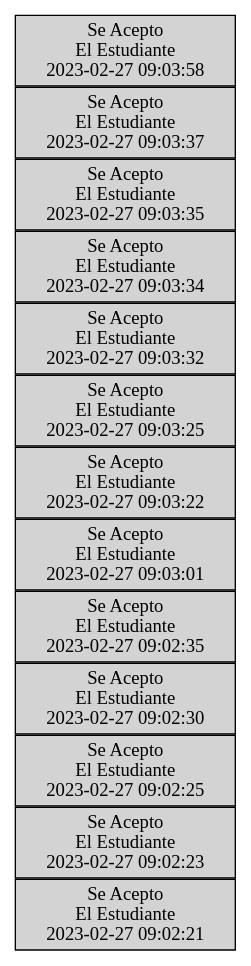
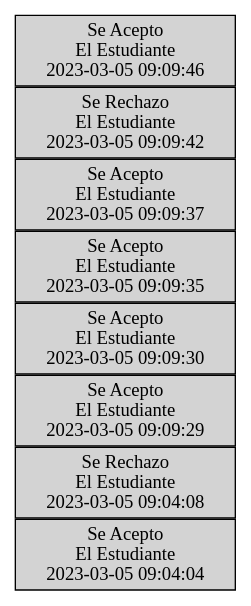
One commit to walterjav19/EDD_1S2023_PY_202111718 changed the diagram in EDD_Proyecto1_Fase1/Grafics/PilaAdmin.dot. Above: the diagram before and after it, drawn with Graphviz. The commit also changed 11 other files, not shown here.

```diff
--- a/EDD_Proyecto1_Fase1/Grafics/PilaAdmin.dot
+++ b/EDD_Proyecto1_Fase1/Grafics/PilaAdmin.dot
@@ -1,44 +1,29 @@
 digraph Pila {
 node [shape=box, width=1.2, height=0.6, style=filled, fillcolor=lightgray];
 rankdir=LR;
 nodesep=0;
 n0 [label="Se Acepto
  El Estudiante
-2023-02-27 09:02:21"];
-n1 [label="Se Acepto
- El Estudiante
-2023-02-27 09:02:23"];
+2023-03-05 09:04:04"];
+n1 [label="Se Rechazo
+El Estudiante
+2023-03-05 09:04:08"];
 n2 [label="Se Acepto
  El Estudiante
-2023-02-27 09:02:25"];
+2023-03-05 09:09:29"];
 n3 [label="Se Acepto
  El Estudiante
-2023-02-27 09:02:30"];
+2023-03-05 09:09:30"];
 n4 [label="Se Acepto
  El Estudiante
-2023-02-27 09:02:35"];
+2023-03-05 09:09:35"];
 n5 [label="Se Acepto
  El Estudiante
-2023-02-27 09:03:01"];
-n6 [label="Se Acepto
- El Estudiante
-2023-02-27 09:03:22"];
+2023-03-05 09:09:37"];
+n6 [label="Se Rechazo
+El Estudiante
+2023-03-05 09:09:42"];
 n7 [label="Se Acepto
  El Estudiante
-2023-02-27 09:03:25"];
-n8 [label="Se Acepto
- El Estudiante
-2023-02-27 09:03:32"];
-n9 [label="Se Acepto
- El Estudiante
-2023-02-27 09:03:34"];
-n10 [label="Se Acepto
- El Estudiante
-2023-02-27 09:03:35"];
-n11 [label="Se Acepto
- El Estudiante
-2023-02-27 09:03:37"];
-n12 [label="Se Acepto
- El Estudiante
-2023-02-27 09:03:58"];
+2023-03-05 09:09:46"];
 }
```
